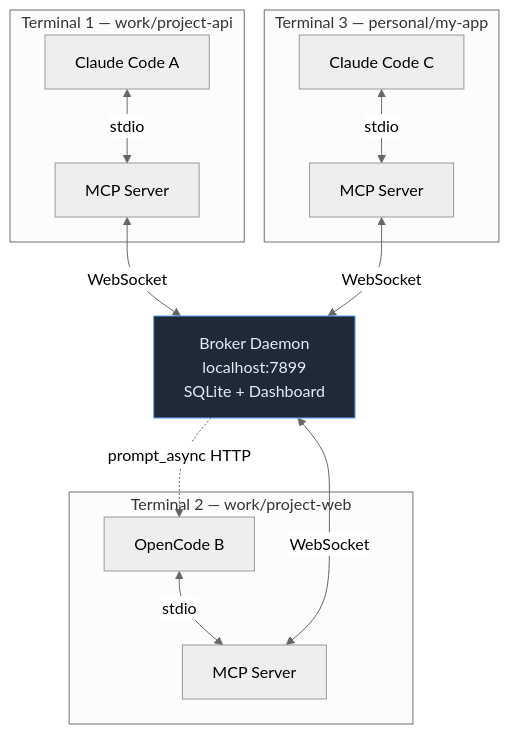
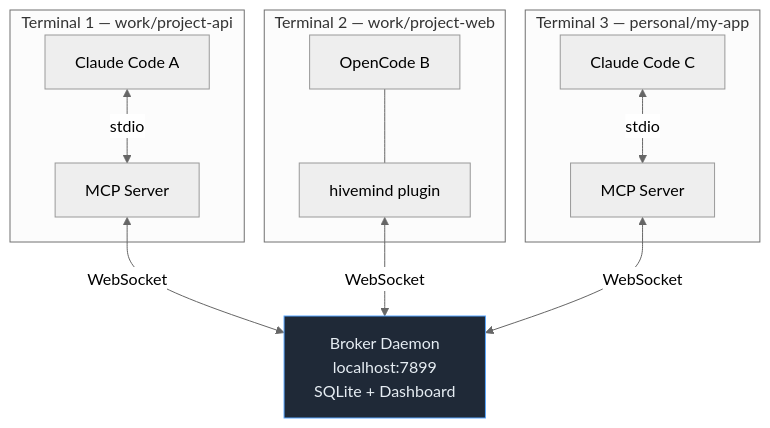
The first of 3 diagrams in README.md (RuneLind/claude-hivemind), drawn with Mermaid (neutral theme) before and after one commit. The commit also changed other lines of this file and 18 other files, not shown here.

````diff
--- a/README.md
+++ b/README.md
@@ -11,21 +11,20 @@
 ```mermaid
 graph TB
     subgraph "Terminal 1 — work/project-api"
         CA[Claude Code A] <-->|stdio| MCP_A[MCP Server]
     end
     subgraph "Terminal 2 — work/project-web"
-        CB[OpenCode B] <-->|stdio| MCP_B[MCP Server]
+        CB[OpenCode B] --- MCP_B[hivemind plugin]
     end
     subgraph "Terminal 3 — personal/my-app"
         CC[Claude Code C] <-->|stdio| MCP_C[MCP Server]
     end
 
     MCP_A <-->|WebSocket| Broker
     MCP_B <-->|WebSocket| Broker
     MCP_C <-->|WebSocket| Broker
-    Broker -.->|prompt_async HTTP| CB
 
     Broker[Broker Daemon<br/>localhost:7899<br/>SQLite + Dashboard]
 
     style Broker fill:#1f2937,stroke:#58a6ff,color:#e6edf3
 ```
````
